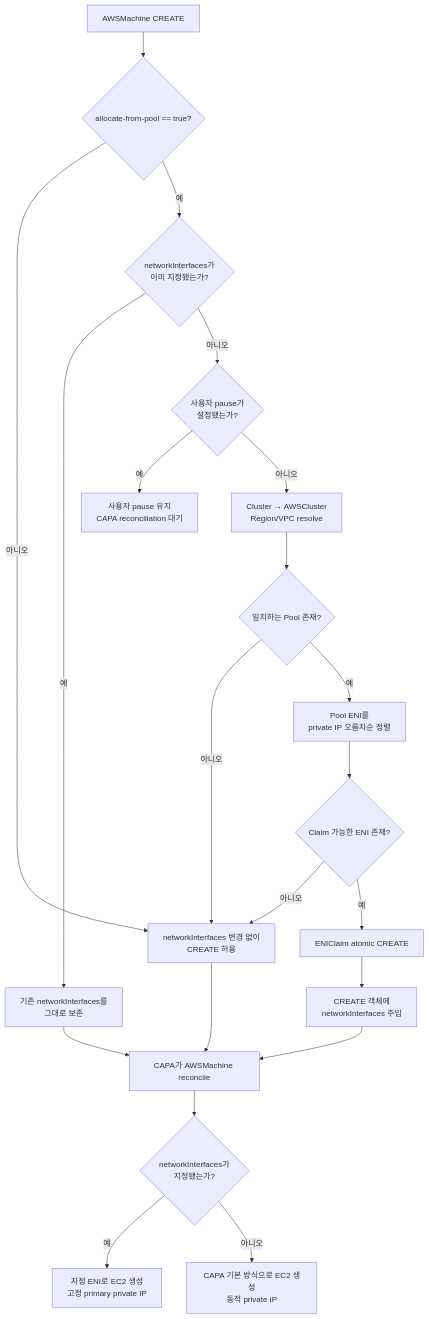
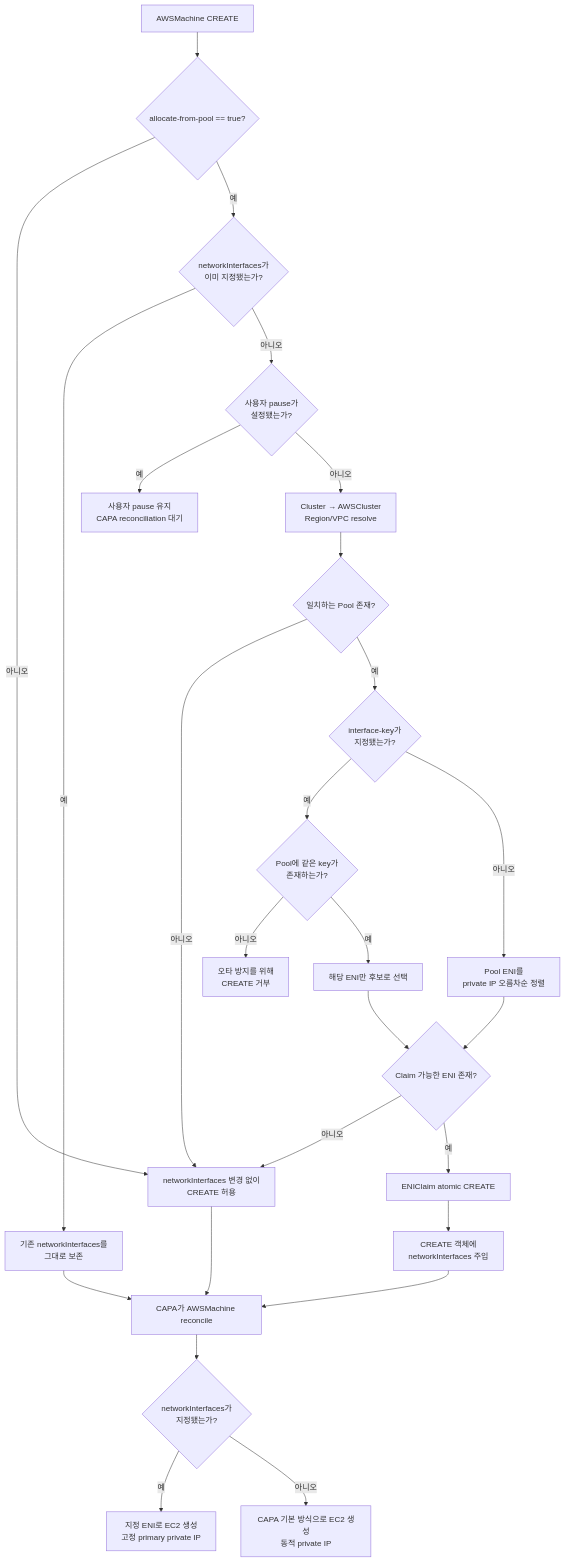
The third of 4 diagrams in docs/operation-flow.md (Jangwon-Lee-DCN/capa-eni-controller), drawn with Mermaid before and after one commit. The commit also changed other lines of this file and 13 other files, not shown here.

Commit message:
Support selecting pool ENIs by key

````diff
--- a/docs/operation-flow.md
+++ b/docs/operation-flow.md
@@ -133,23 +149,28 @@
 ```mermaid
 flowchart TD
     Start[AWSMachine CREATE] --> OptIn{allocate-from-pool == true?}
     OptIn -- 아니오 --> DefaultAdmission[networkInterfaces 변경 없이<br/>CREATE 허용]
     OptIn -- 예 --> Existing{networkInterfaces가<br/>이미 지정됐는가?}
     Existing -- 예 --> Preserve[기존 networkInterfaces를<br/>그대로 보존]
     Existing -- 아니오 --> UserPause{사용자 pause가<br/>설정됐는가?}
     UserPause -- 예 --> Wait[사용자 pause 유지<br/>CAPA reconciliation 대기]
     UserPause -- 아니오 --> Resolve[Cluster → AWSCluster<br/>Region/VPC resolve]
     Resolve --> PoolMatch{일치하는 Pool 존재?}
     PoolMatch -- 아니오 --> DefaultAdmission
-    PoolMatch -- 예 --> Sort[Pool ENI를<br/>private IP 오름차순 정렬]
+    PoolMatch -- 예 --> Key{interface-key가<br/>지정됐는가?}
+    Key -- 예 --> KeyMatch{Pool에 같은 key가<br/>존재하는가?}
+    KeyMatch -- 아니오 --> Reject[오타 방지를 위해<br/>CREATE 거부]
+    KeyMatch -- 예 --> Select[해당 ENI만 후보로 선택]
+    Key -- 아니오 --> Sort[Pool ENI를<br/>private IP 오름차순 정렬]
+    Select --> Available
     Sort --> Available{Claim 가능한 ENI 존재?}
     Available -- 아니오 --> DefaultAdmission
     Available -- 예 --> CreateClaim[ENIClaim atomic CREATE]
     CreateClaim --> Inject[CREATE 객체에<br/>networkInterfaces 주입]
     Preserve --> CAPA[CAPA가 AWSMachine reconcile]
     DefaultAdmission --> CAPA
     Inject --> CAPA
     CAPA --> NetworkMode{networkInterfaces가<br/>지정됐는가?}
     NetworkMode -- 예 --> FixedEC2[지정 ENI로 EC2 생성<br/>고정 primary private IP]
     NetworkMode -- 아니오 --> DynamicEC2[CAPA 기본 방식으로 EC2 생성<br/>동적 private IP]
 ```
````
